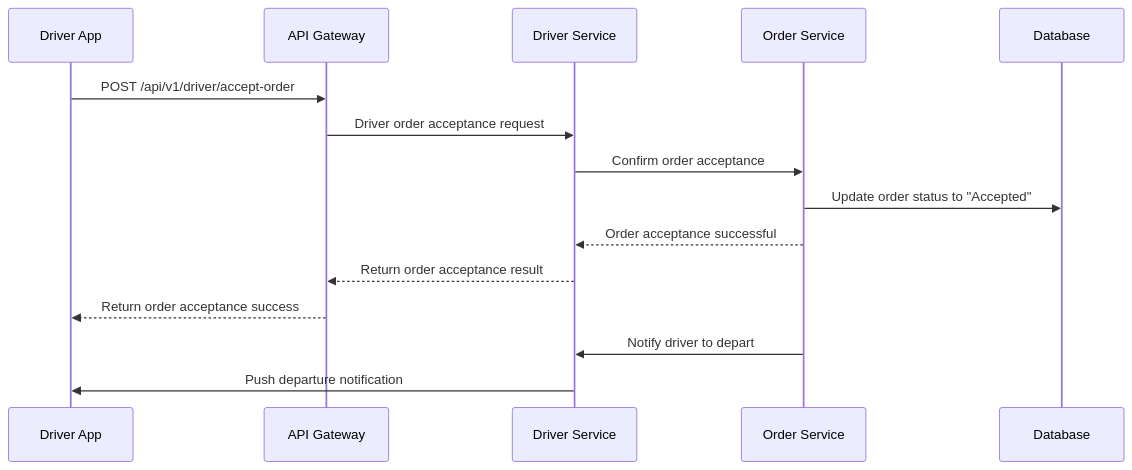
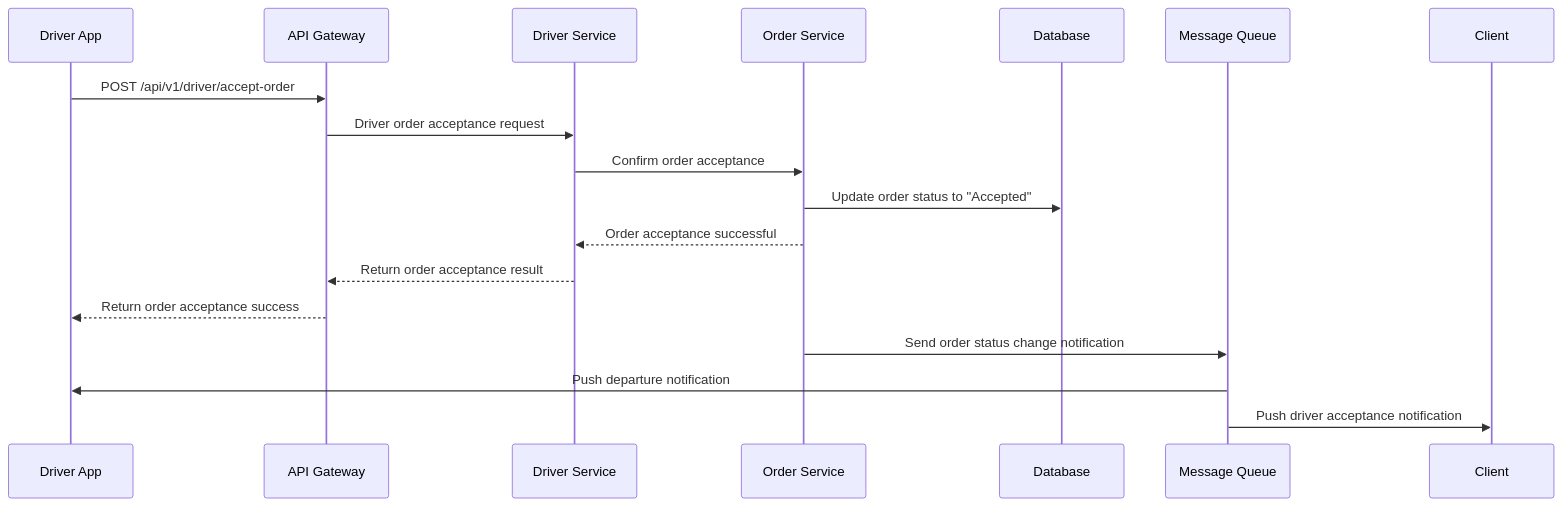
Before and after one commit to annhay/shunshun: the second of 2 diagrams in README.en.md, drawn with Mermaid. The commit also changed other lines of this file and 10 other files, not shown here.

````diff
--- a/README.en.md
+++ b/README.en.md
@@ -239,18 +275,20 @@
 ```mermaid
 sequenceDiagram
     participant DriverApp as Driver App
     participant Gateway as API Gateway
     participant DriverService as Driver Service
     participant OrderService as Order Service
     participant DB as Database
+    participant RabbitMQ as Message Queue
 
     DriverApp->>Gateway: POST /api/v1/driver/accept-order
     Gateway->>DriverService: Driver order acceptance request
     DriverService->>OrderService: Confirm order acceptance
     OrderService->>DB: Update order status to "Accepted"
     OrderService-->>DriverService: Order acceptance successful
     DriverService-->>Gateway: Return order acceptance result
     Gateway-->>DriverApp: Return order acceptance success
-    OrderService->>DriverService: Notify driver to depart
-    DriverService->>DriverApp: Push departure notification
+    OrderService->>RabbitMQ: Send order status change notification
+    RabbitMQ->>DriverApp: Push departure notification
+    RabbitMQ->>Client: Push driver acceptance notification
 ```
````
